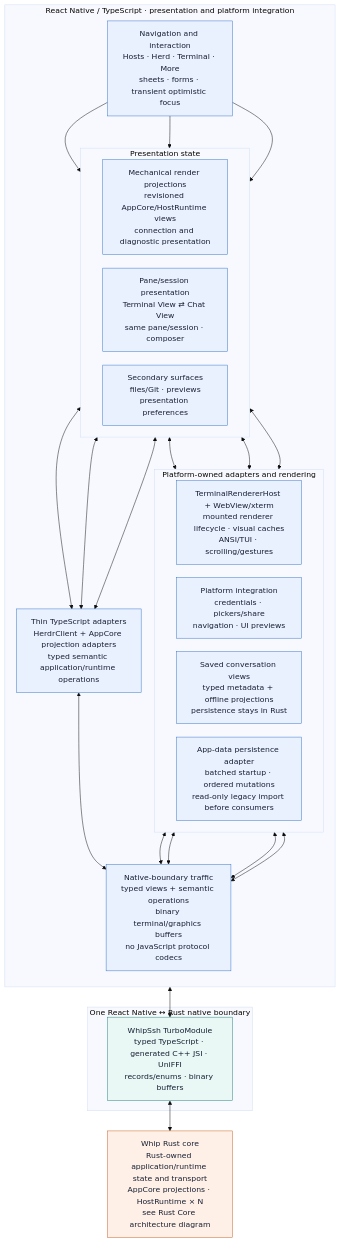
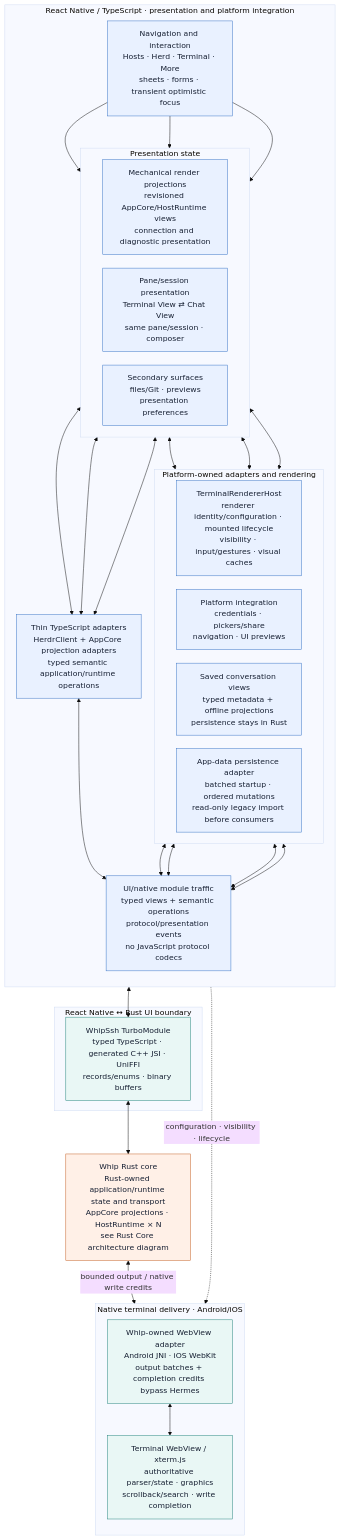
One commit to LatetoGitHub/whip changed the diagram in docs/react-native-frontend-architecture.mmd. Above: the diagram before and after it, drawn with Mermaid. The commit also changed 4 other files, not shown here.

First line of the commit message:
docs: update README for native terminal delivery

```diff
--- a/docs/react-native-frontend-architecture.mmd
+++ b/docs/react-native-frontend-architecture.mmd
@@ -1,55 +1,64 @@
 %%{init: {"theme":"base","flowchart":{"curve":"basis","htmlLabels":true,"nodeSpacing":28,"rankSpacing":42}}}%%
 flowchart TB
   subgraph UI["React Native / TypeScript · presentation and platform integration"]
     direction TB
     Navigation["Navigation and interaction<br/>Hosts · Herd · Terminal · More<br/>sheets · forms · transient optimistic focus"]
 
     subgraph Presentation["Presentation state"]
       direction LR
       Projections["Mechanical render projections<br/>revisioned AppCore/HostRuntime views<br/>connection and diagnostic presentation"]
       SessionViews["Pane/session presentation<br/>Terminal View ⇄ Chat View<br/>same pane/session · composer"]
       Secondary["Secondary surfaces<br/>files/Git · previews<br/>presentation preferences"]
     end
 
     subgraph Platform["Platform-owned adapters and rendering"]
       direction LR
-      Renderer["TerminalRendererHost + WebView/xterm<br/>mounted renderer lifecycle · visual caches<br/>ANSI/TUI · scrolling/gestures"]
+      Renderer["TerminalRendererHost<br/>renderer identity/configuration · mounted lifecycle<br/>visibility · input/gestures · visual caches"]
       Device["Platform integration<br/>credentials · pickers/share<br/>navigation · UI previews"]
       Cache["Saved conversation views<br/>typed metadata + offline projections<br/>persistence stays in Rust"]
       Storage["App-data persistence adapter<br/>batched startup · ordered mutations<br/>read-only legacy import before consumers"]
     end
 
     Adapters["Thin TypeScript adapters<br/>HerdrClient + AppCore projection adapters<br/>typed semantic application/runtime operations"]
-    NativeCalls["Native-boundary traffic<br/>typed views + semantic operations<br/>binary terminal/graphics buffers<br/>no JavaScript protocol codecs"]
+    NativeCalls["UI/native module traffic<br/>typed views + semantic operations<br/>protocol/presentation events<br/>no JavaScript protocol codecs"]
 
     Navigation --> Projections
     Navigation --> SessionViews
     Navigation --> Secondary
     Projections <--> Adapters
     SessionViews <--> Adapters
     Secondary <--> Adapters
     SessionViews <--> Renderer
     Secondary <--> Device
     Adapters <--> NativeCalls
     Renderer <--> NativeCalls
     Device <--> NativeCalls
     Cache <--> NativeCalls
     Secondary <--> Storage
     Storage <--> NativeCalls
   end
 
-  subgraph Boundary["One React Native ↔ Rust native boundary"]
+  subgraph Boundary["React Native ↔ Rust UI boundary"]
     Module["WhipSsh TurboModule<br/>typed TypeScript · generated C++ JSI · UniFFI<br/>records/enums · binary buffers"]
   end
 
   Rust["Whip Rust core<br/>Rust-owned application/runtime state and transport<br/>AppCore projections · HostRuntime × N<br/>see Rust Core architecture diagram"]
 
+  subgraph Output["Native terminal delivery · Android/iOS"]
+    direction TB
+    NativeDelivery["Whip-owned WebView adapter<br/>Android JNI · iOS WebKit<br/>output batches + completion credits bypass Hermes"]
+    Xterm["Terminal WebView / xterm.js<br/>authoritative parser/state · graphics<br/>scrollback/search · write completion"]
+    NativeDelivery <--> Xterm
+  end
+
   NativeCalls <--> Module
   Module <--> Rust
+  Rust <-->|"bounded output / native write credits"| NativeDelivery
+  Renderer -.->|"configuration · visibility · lifecycle"| Xterm
 
   classDef react fill:#e9f1ff,stroke:#3772c5,color:#172033
   classDef native fill:#e9f7f5,stroke:#23847a,color:#172033
   classDef rust fill:#fff0e7,stroke:#c45f24,color:#172033
   class Navigation,Projections,SessionViews,Secondary,Renderer,Device,Cache,Storage,Adapters,NativeCalls react
-  class Module native
+  class Module,NativeDelivery,Xterm native
   class Rust rust
```
